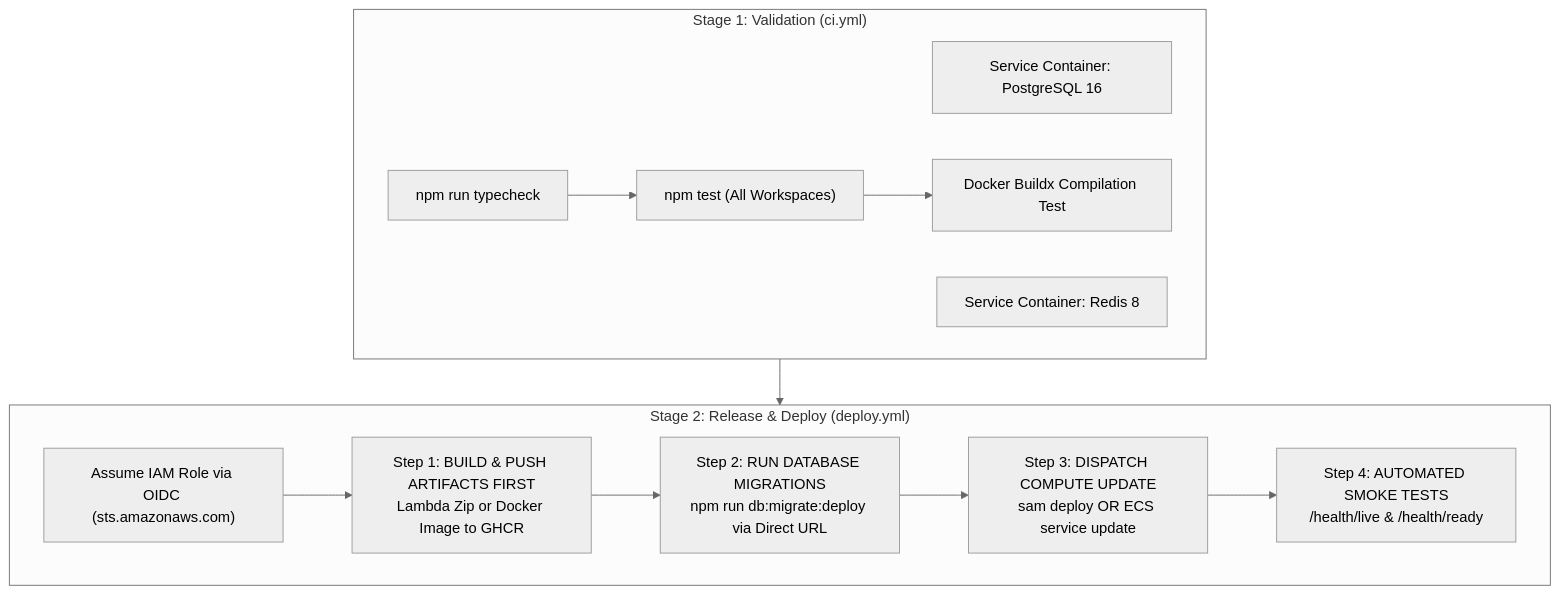
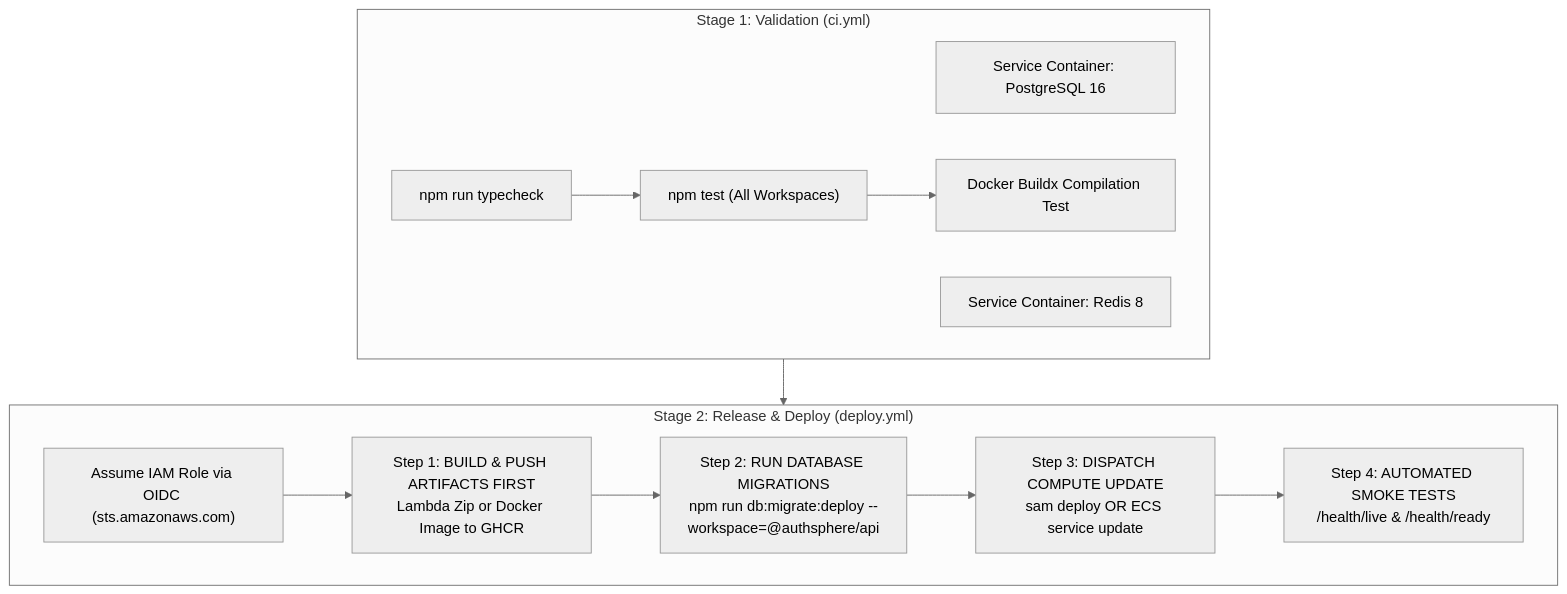
The second of 2 diagrams in docs/DEPLOYMENT.md (utkarshj014/authsphere), drawn with Mermaid (neutral theme) before and after one commit. The commit also changed other lines of this file and 6 other files, not shown here.

````diff
--- a/docs/DEPLOYMENT.md
+++ b/docs/DEPLOYMENT.md
@@ -192,24 +191,24 @@
 ```mermaid
 flowchart TD
     subgraph Stage1 ["Stage 1: Validation (ci.yml)"]
         TestPostgres["Service Container: PostgreSQL 16"]
         TestRedis["Service Container: Redis 8"]
         Typecheck["npm run typecheck"]
         TestRun["npm test (All Workspaces)"]
         TestDocker["Docker Buildx Compilation Test"]
 
         Typecheck --> TestRun --> TestDocker
     end
 
     subgraph Stage2 ["Stage 2: Release & Deploy (deploy.yml)"]
         OIDCAuth["Assume IAM Role via OIDC (sts.amazonaws.com)"]
         BuildArtifact["Step 1: BUILD & PUSH ARTIFACTS FIRST\nLambda Zip or Docker Image to GHCR"]
-        RunMigration["Step 2: RUN DATABASE MIGRATIONS\nnpm run db:migrate:deploy via Direct URL"]
+        RunMigration["Step 2: RUN DATABASE MIGRATIONS\nnpm run db:migrate:deploy --workspace=@authsphere/api"]
         DeployCompute["Step 3: DISPATCH COMPUTE UPDATE\nsam deploy OR ECS service update"]
         SmokeTest["Step 4: AUTOMATED SMOKE TESTS\n/health/live & /health/ready"]
 
         OIDCAuth --> BuildArtifact --> RunMigration --> DeployCompute --> SmokeTest
     end
 
     Stage1 --> Stage2
 ```
````
